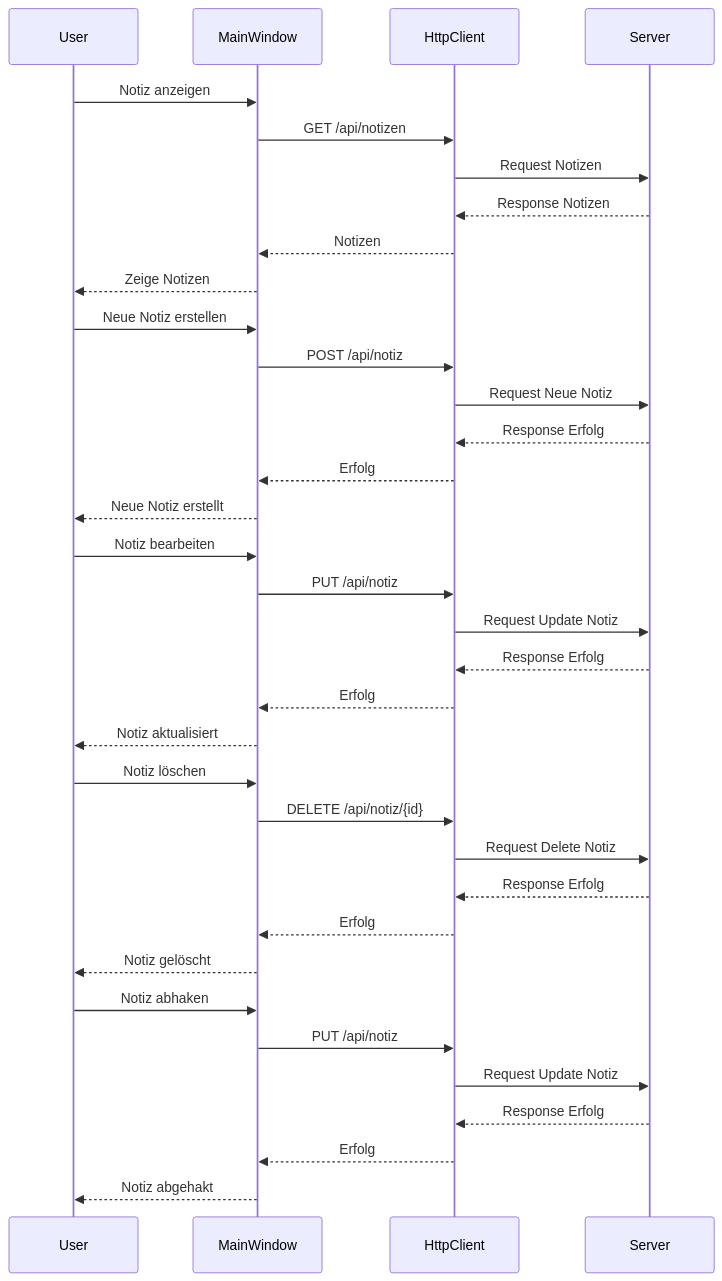
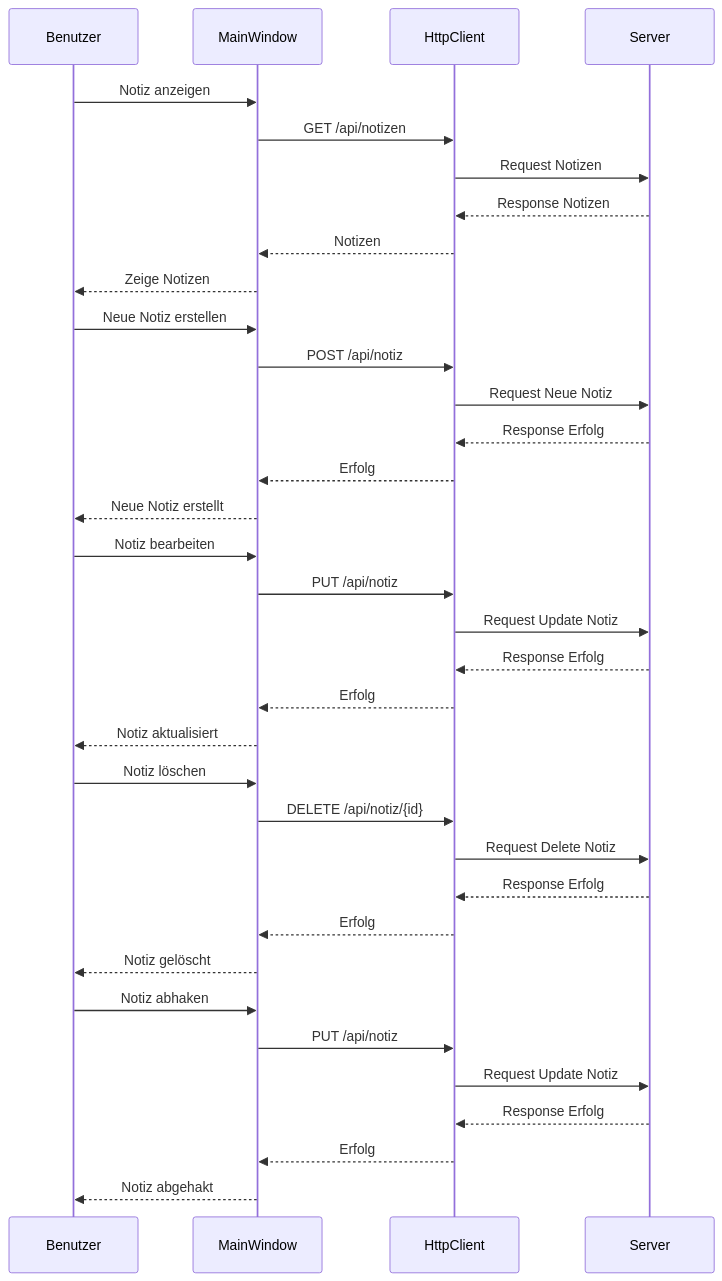
Before and after one commit to Paul06w/POS_Projekt_2024: the fifth of 6 diagrams in README.md, drawn with Mermaid. The commit also changed other lines of this file, not shown here.

````diff
--- a/README.md
+++ b/README.md
@@ -463,42 +457,42 @@
 ```mermaid
 sequenceDiagram
-    participant User
+    participant Benutzer
     participant MainWindow
     participant HttpClient
     participant Server
 
-    User ->> MainWindow: Notiz anzeigen
+    Benutzer ->> MainWindow: Notiz anzeigen
     MainWindow ->> HttpClient: GET /api/notizen
     HttpClient ->> Server: Request Notizen
     Server -->> HttpClient: Response Notizen
     HttpClient -->> MainWindow: Notizen
-    MainWindow -->> User: Zeige Notizen
+    MainWindow -->> Benutzer: Zeige Notizen
 
-    User ->> MainWindow: Neue Notiz erstellen
+    Benutzer ->> MainWindow: Neue Notiz erstellen
     MainWindow ->> HttpClient: POST /api/notiz
     HttpClient ->> Server: Request Neue Notiz
     Server -->> HttpClient: Response Erfolg
     HttpClient -->> MainWindow: Erfolg
-    MainWindow -->> User: Neue Notiz erstellt
+    MainWindow -->> Benutzer: Neue Notiz erstellt
 
-    User ->> MainWindow: Notiz bearbeiten
+    Benutzer ->> MainWindow: Notiz bearbeiten
     MainWindow ->> HttpClient: PUT /api/notiz
     HttpClient ->> Server: Request Update Notiz
     Server -->> HttpClient: Response Erfolg
     HttpClient -->> MainWindow: Erfolg
-    MainWindow -->> User: Notiz aktualisiert
+    MainWindow -->> Benutzer: Notiz aktualisiert
 
-    User ->> MainWindow: Notiz löschen
+    Benutzer ->> MainWindow: Notiz löschen
     MainWindow ->> HttpClient: DELETE /api/notiz/{id}
     HttpClient ->> Server: Request Delete Notiz
     Server -->> HttpClient: Response Erfolg
     HttpClient -->> MainWindow: Erfolg
-    MainWindow -->> User: Notiz gelöscht
+    MainWindow -->> Benutzer: Notiz gelöscht
 
-    User ->> MainWindow: Notiz abhaken
+    Benutzer ->> MainWindow: Notiz abhaken
     MainWindow ->> HttpClient: PUT /api/notiz
     HttpClient ->> Server: Request Update Notiz
     Server -->> HttpClient: Response Erfolg
     HttpClient -->> MainWindow: Erfolg
-    MainWindow -->> User: Notiz abgehakt
+    MainWindow -->> Benutzer: Notiz abgehakt
 ```
````
